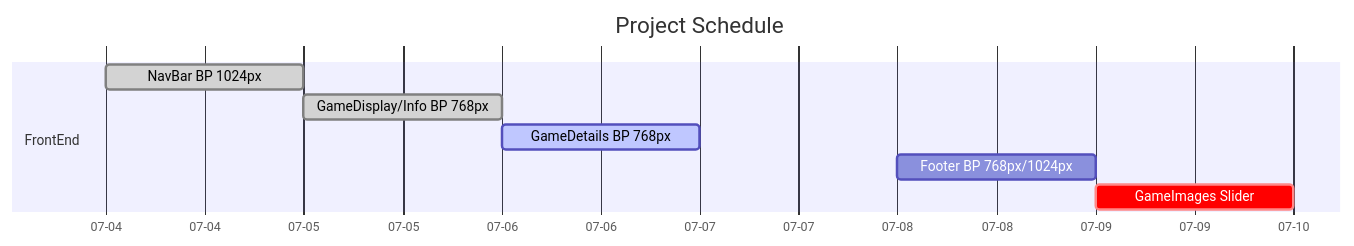
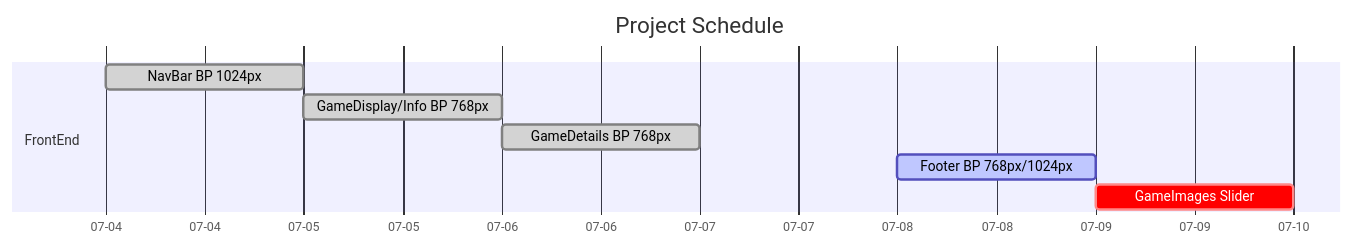
The diagram in README.md (RafaelM011/Nintendo_Website), drawn with Mermaid before and after one commit. The commit also changed other lines of this file and 2 other files, not shown here.

Commit message:
online switch section responsive

````diff
--- a/README.md
+++ b/README.md
@@ -12,12 +12,12 @@
 ```mermaid
     gantt
         title Project Schedule
         dateFormat MM-DD
         axisFormat %m-%d
         section FrontEnd
             NavBar BP 1024px                :done, 07-04, 1d
             GameDisplay/Info BP 768px       :done, 07-05, 1d
-            GameDetails BP 768px            :active, 07-06, 1d
-            Footer BP 768px/1024px          : 07-08, 1d
+            GameDetails BP 768px            :done, 07-06, 1d
+            Footer BP 768px/1024px          :active, 07-08, 1d
             GameImages Slider               :crit, 07-09, 1d
 ```
````
